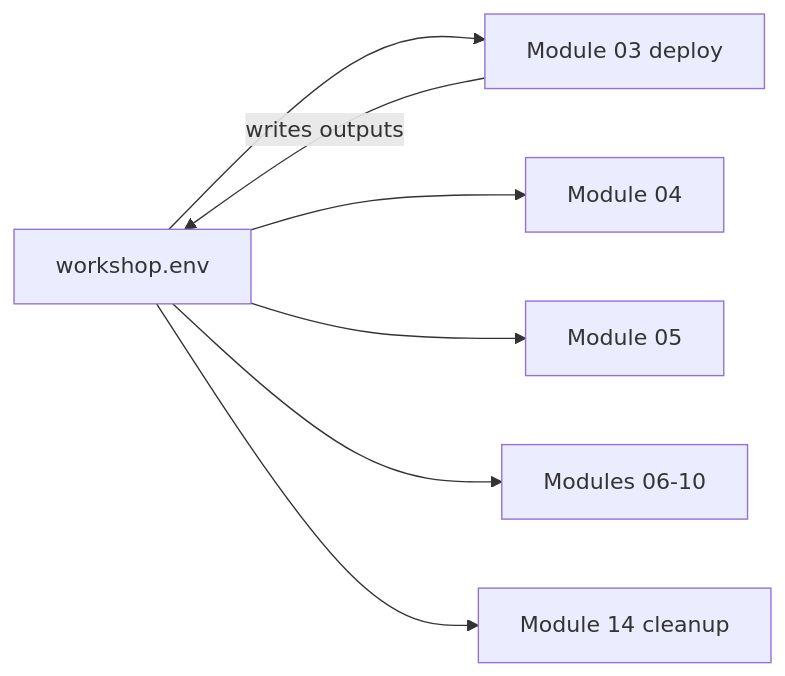
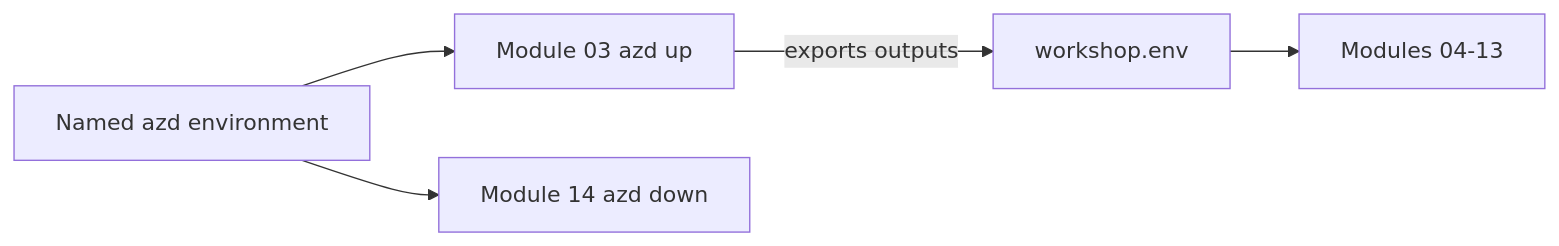
One commit to charliekw411/sre-agent-workshop changed the diagram in docs/sre/00-workshop-intro/3-how-this-workshop-works.md. Above: the diagram before and after it, drawn with Mermaid. The commit also changed other lines of this file and 14 other files, not shown here.

````diff
--- a/docs/sre/00-workshop-intro/3-how-this-workshop-works.md
+++ b/docs/sre/00-workshop-intro/3-how-this-workshop-works.md
@@ -34,9 +34,7 @@
 ```mermaid
 flowchart LR
-    ENV[workshop.env] --> M03[Module 03 deploy]
-    M03 -- writes outputs --> ENV
-    ENV --> M04[Module 04]
-    ENV --> M05[Module 05]
-    ENV --> M06[Modules 06-10]
-    ENV --> M14[Module 14 cleanup]
+    AZD[Named azd environment] --> M03[Module 03 azd up]
+    M03 -- exports outputs --> ENV[workshop.env]
+    ENV --> LABS[Modules 04-13]
+    AZD --> M14[Module 14 azd down]
 ```
````
